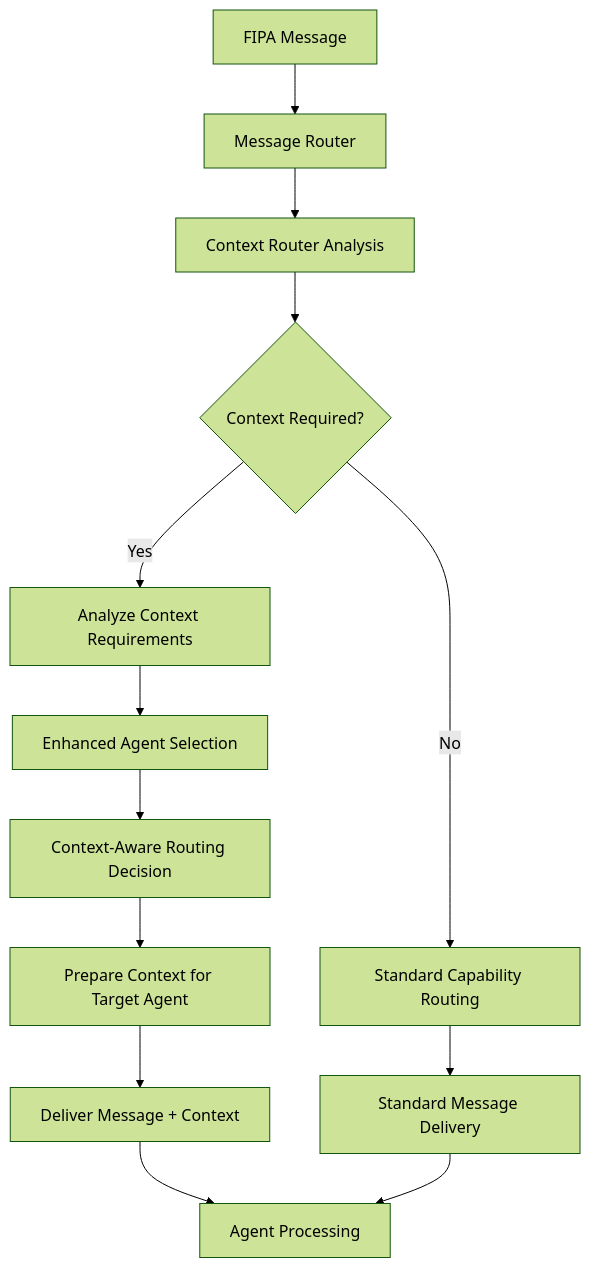
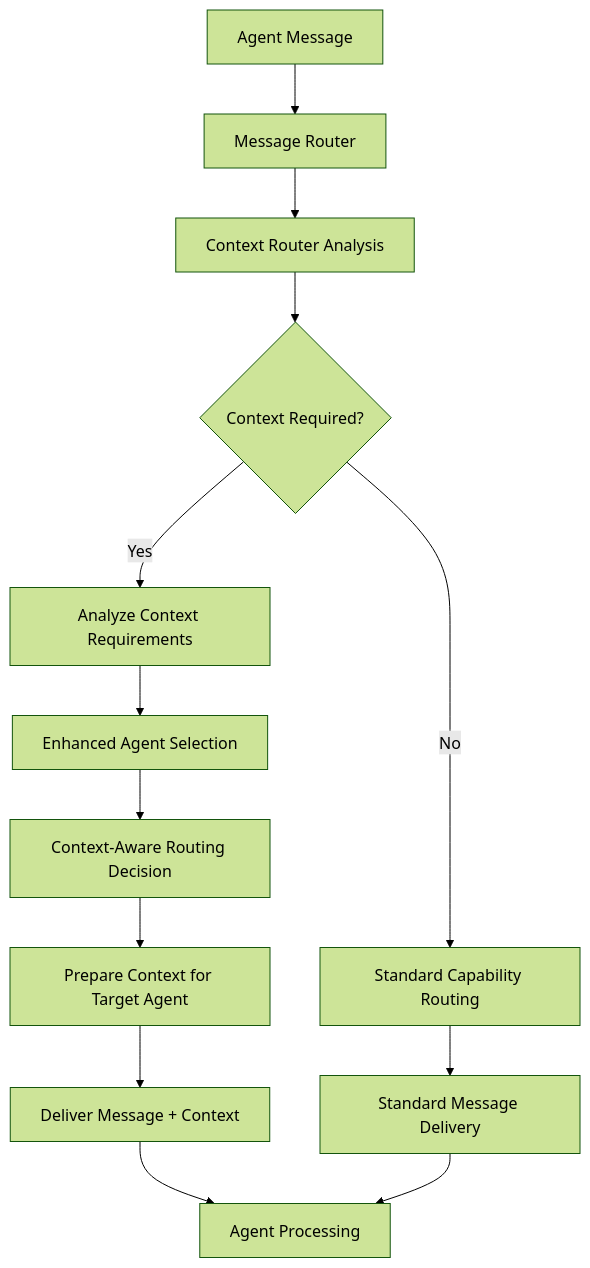
Before and after one commit to jwilger/caxton: the diagram in docs/_messaging/capability-routing.md, drawn with Mermaid (forest theme). The commit also changed other lines of this file and 84 other files, not shown here.

````diff
--- a/docs/_messaging/capability-routing.md
+++ b/docs/_messaging/capability-routing.md
@@ -440,15 +440,15 @@
 ```mermaid
 flowchart TD
-    A[FIPA Message] --> B[Message Router]
+    A[Agent Message] --> B[Message Router]
     B --> C[Context Router Analysis]
     C --> D{Context Required?}
     D -->|Yes| E[Analyze Context Requirements]
     D -->|No| F[Standard Capability Routing]
     E --> G[Enhanced Agent Selection]
     G --> H[Context-Aware Routing Decision]
     H --> I[Prepare Context for Target Agent]
     I --> J[Deliver Message + Context]
     F --> K[Standard Message Delivery]
     J --> L[Agent Processing]
     K --> L
 ```
````
